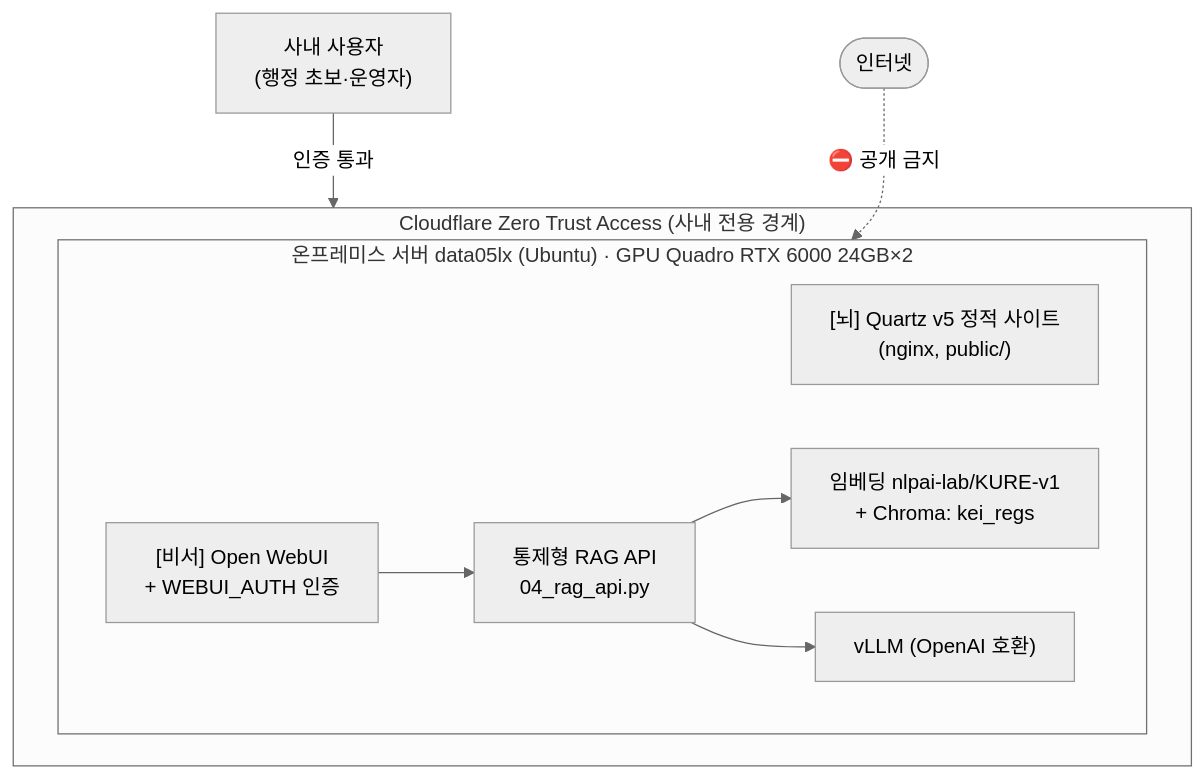
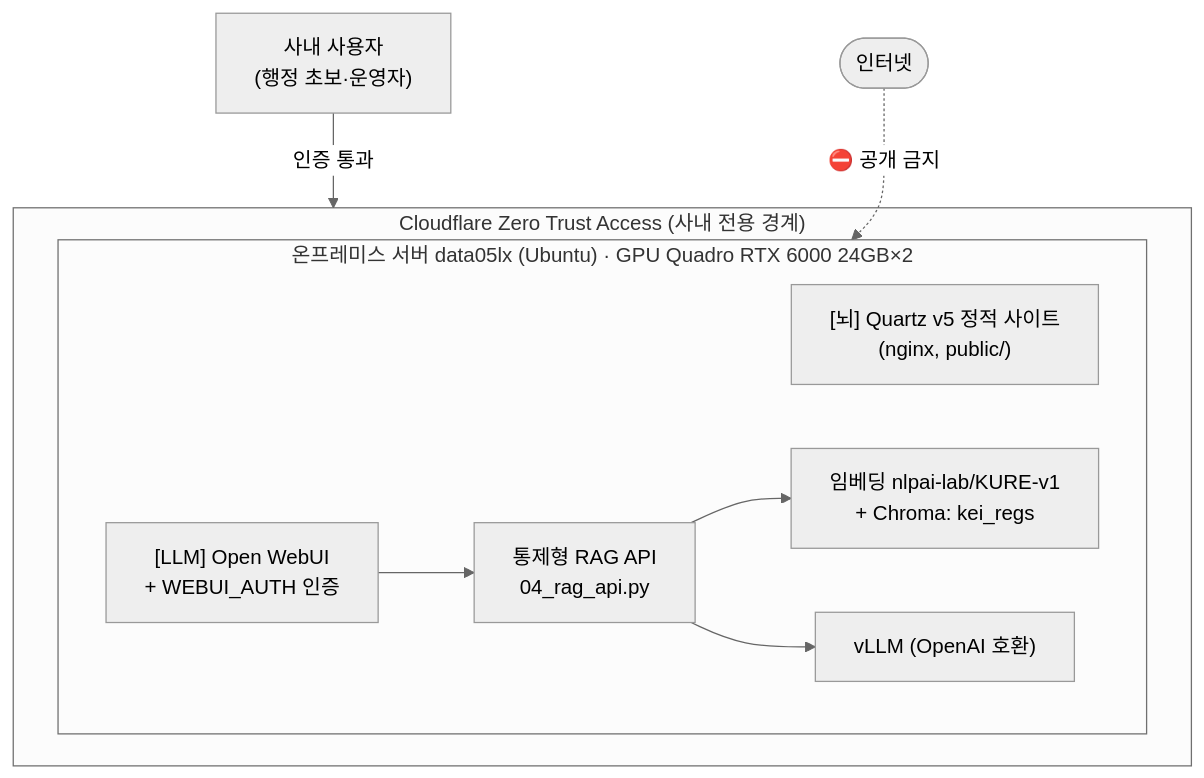
Before and after one commit to mooner92/KEIAdminSuperv: the first of 2 diagrams in docs/adr/0005-on-prem-zero-trust.md, drawn with Mermaid (neutral theme). The commit also changed other lines of this file and 50 other files, not shown here.

````diff
--- a/docs/adr/0005-on-prem-zero-trust.md
+++ b/docs/adr/0005-on-prem-zero-trust.md
@@ -32,21 +32,21 @@
 ```mermaid
 flowchart TB
     User["사내 사용자<br/>(행정 초보·운영자)"]
 
     subgraph ZT["Cloudflare Zero Trust Access (사내 전용 경계)"]
         subgraph Host["온프레미스 서버 data05lx (Ubuntu) · GPU Quadro RTX 6000 24GB×2"]
             Brain["[뇌] Quartz v5 정적 사이트<br/>(nginx, public/)"]
-            Asst["[비서] Open WebUI<br/>+ WEBUI_AUTH 인증"]
+            Asst["[LLM] Open WebUI<br/>+ WEBUI_AUTH 인증"]
             RAG["통제형 RAG API<br/>04_rag_api.py"]
             LLM["vLLM (OpenAI 호환)"]
             Embed["임베딩 nlpai-lab/KURE-v1<br/>+ Chroma: kei_regs"]
         end
     end
 
     Internet(["인터넷"])
 
     User -->|인증 통과| ZT
     Internet -. "⛔ 공개 금지" .-> Host
     Asst --> RAG --> Embed
     RAG --> LLM
 ```
````
